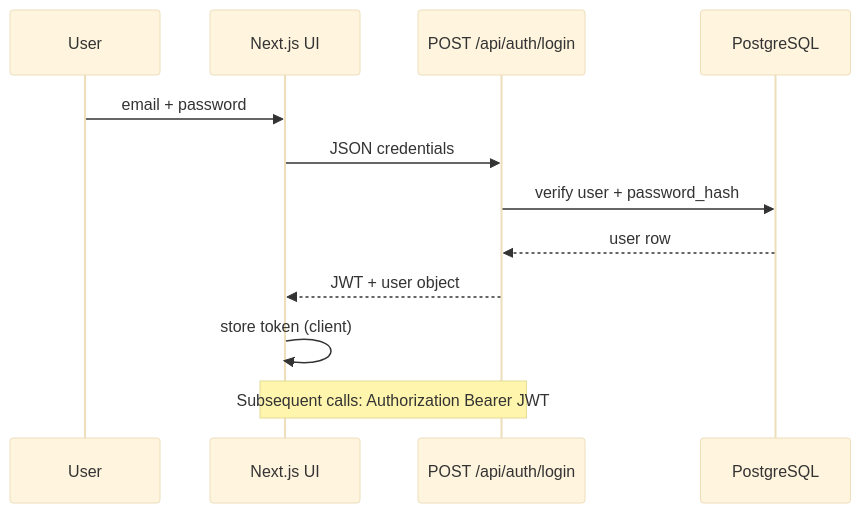
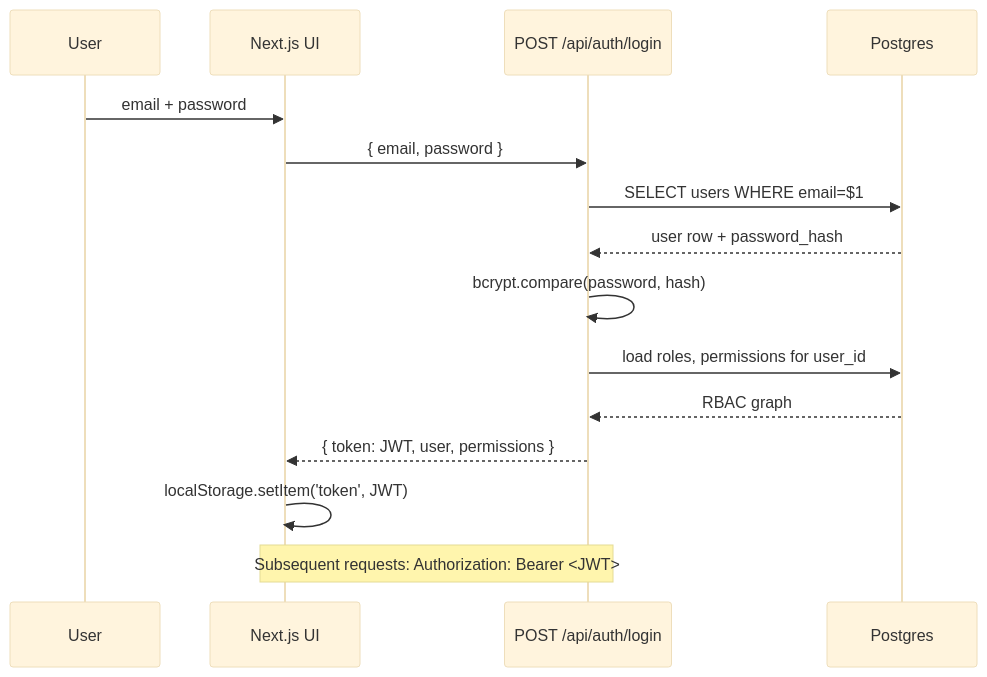
The third of 17 diagrams in docs/current-system/workflows.md (mohittambi/zap), drawn with Mermaid (base theme) before and after one commit. The commit also changed other lines of this file and 44 other files, not shown here.

Commit message:
grn flow updated

````diff
--- a/docs/current-system/workflows.md
+++ b/docs/current-system/workflows.md
@@ -7,15 +61,18 @@
 ```mermaid
 sequenceDiagram
   participant U as User
   participant UI as Next.js UI
   participant API as POST /api/auth/login
-  participant DB as PostgreSQL
+  participant PG as Postgres
 
   U->>UI: email + password
-  UI->>API: JSON credentials
-  API->>DB: verify user + password_hash
-  DB-->>API: user row
-  API-->>UI: JWT + user object
-  UI->>UI: store token (client)
-  Note over UI,API: Subsequent calls: Authorization Bearer JWT
+  UI->>API: { email, password }
+  API->>PG: SELECT users WHERE email=$1
+  PG-->>API: user row + password_hash
+  API->>API: bcrypt.compare(password, hash)
+  API->>PG: load roles, permissions for user_id
+  PG-->>API: RBAC graph
+  API-->>UI: { token: JWT, user, permissions }
+  UI->>UI: localStorage.setItem('token', JWT)
+  Note over UI,API: Subsequent requests: Authorization: Bearer <JWT>
 ```
````
